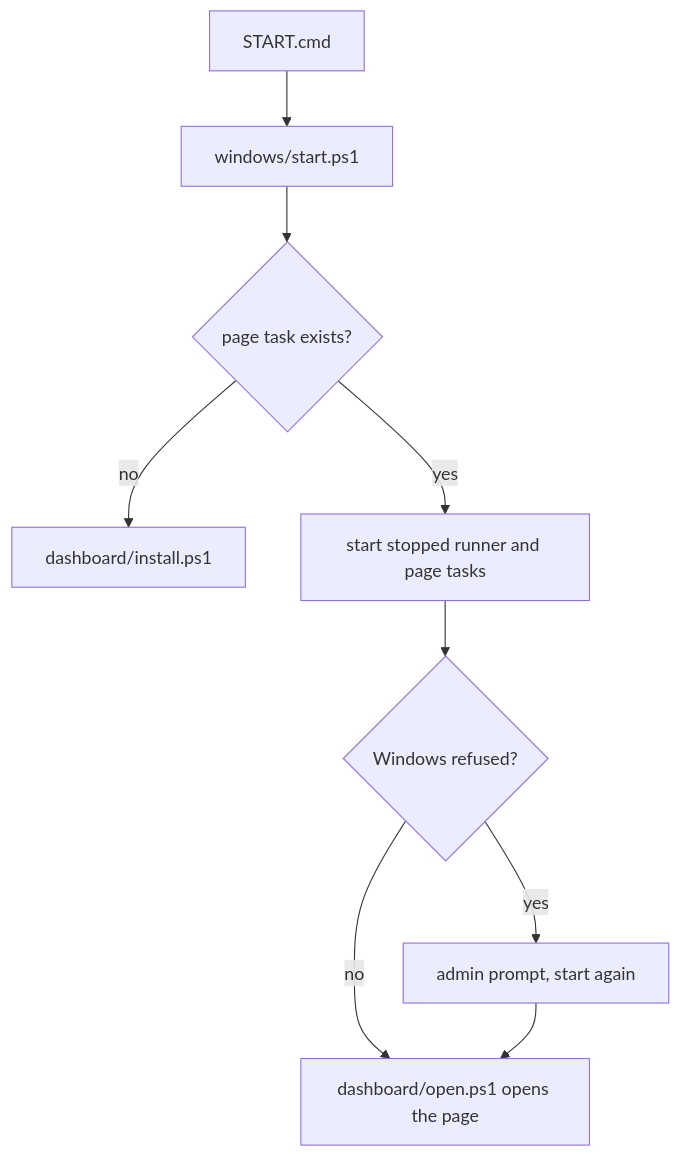
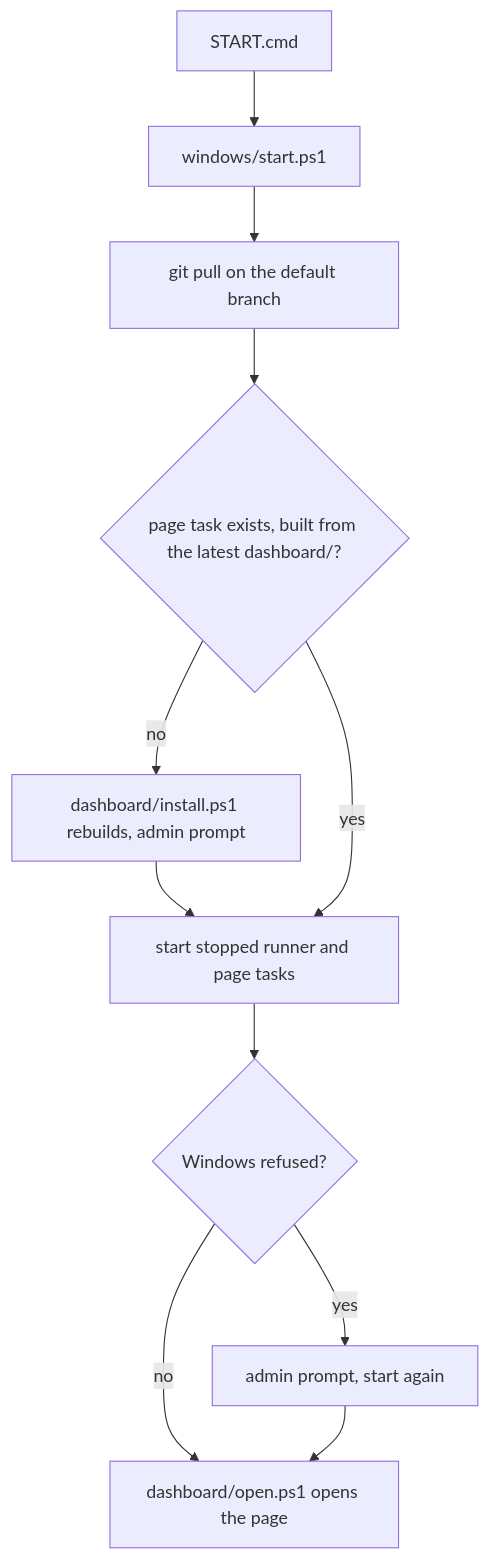
The fourth of 5 diagrams in docs/user-flows.md (workbench-soft/local-ci), drawn with Mermaid before and after one commit. The commit also changed other lines of this file and 7 other files, not shown here.

Commit message:
START.cmd pulls the latest code and rebuilds the page when it changed

````diff
--- a/docs/user-flows.md
+++ b/docs/user-flows.md
@@ -69,11 +71,13 @@
 ```mermaid
 flowchart TD
   A[START.cmd] --> B[windows/start.ps1]
-  B --> C{page task exists?}
-  C -- no --> D[dashboard/install.ps1]
+  B --> P[git pull on the default branch]
+  P --> C{"page task exists, built from the latest dashboard/?"}
+  C -- no --> D[dashboard/install.ps1 rebuilds, admin prompt]
+  D --> E
   C -- yes --> E[start stopped runner and page tasks]
   E --> F{Windows refused?}
   F -- yes --> G[admin prompt, start again]
   F -- no --> H[dashboard/open.ps1 opens the page]
   G --> H
 ```
````
